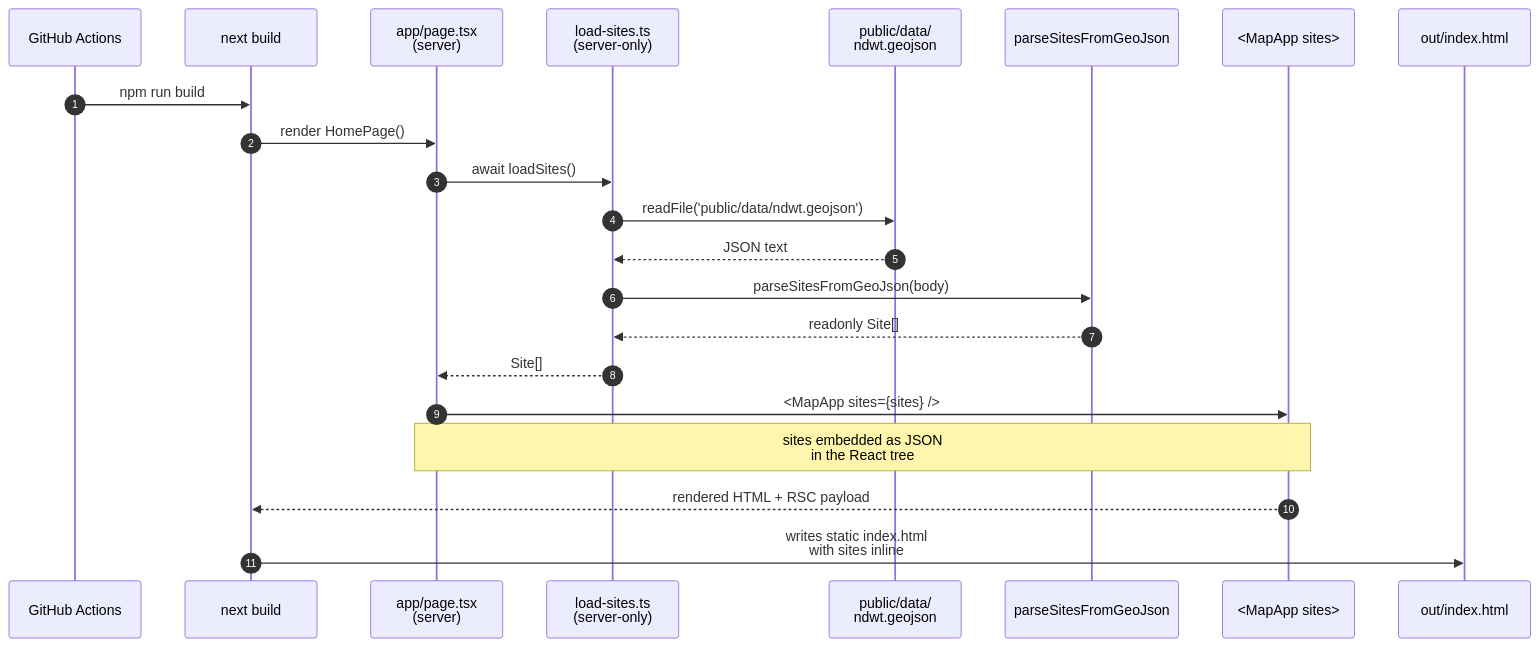
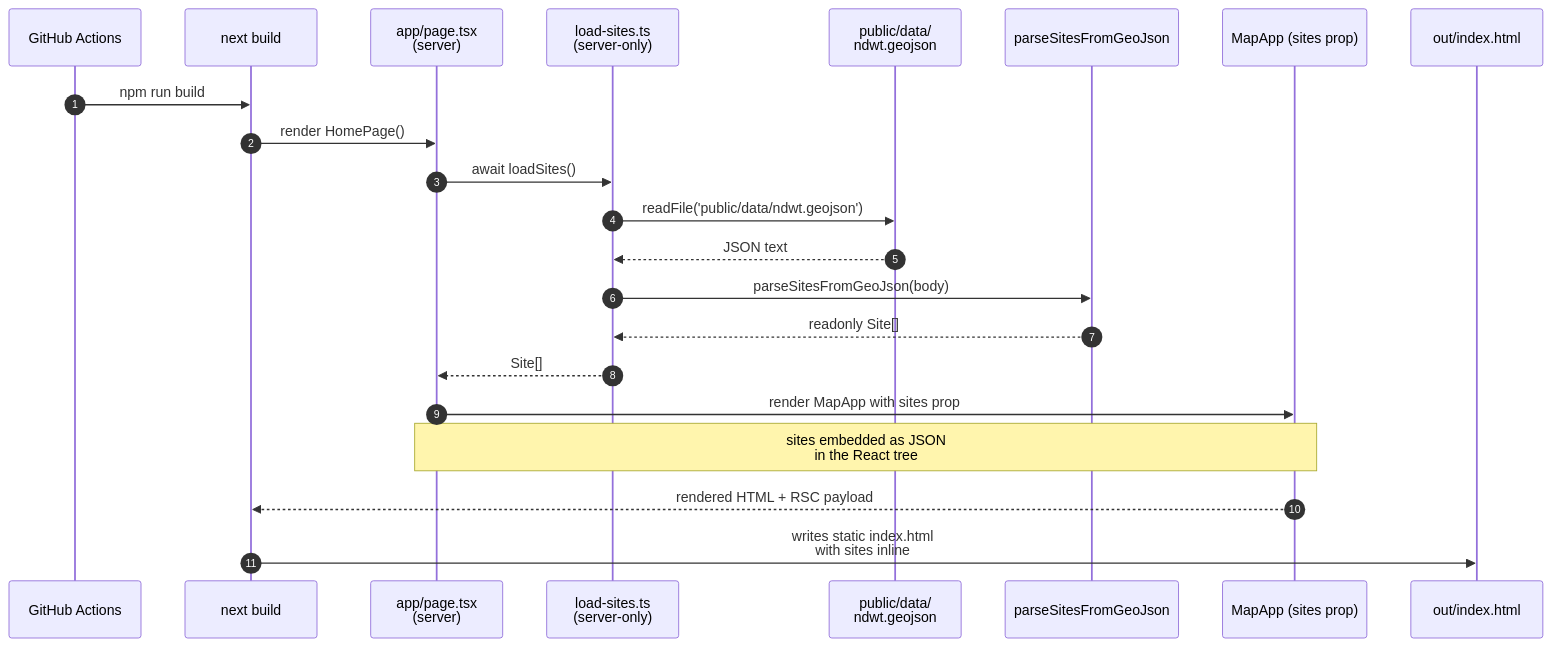
One commit to ivanoats/ndwt-ol-chakra changed the first of 2 diagrams in docs/architecture/data-flow.md. Above: the diagram before and after it, drawn with Mermaid. The commit also changed 3 other files, not shown here.

````diff
--- a/docs/architecture/data-flow.md
+++ b/docs/architecture/data-flow.md
@@ -9,25 +9,25 @@
 ```mermaid
 sequenceDiagram
   autonumber
   participant CI as GitHub Actions
   participant Next as next build
   participant Page as app/page.tsx<br/>(server)
   participant Loader as load-sites.ts<br/>(server-only)
   participant FS as public/data/<br/>ndwt.geojson
   participant Parser as parseSitesFromGeoJson
-  participant MapApp as <MapApp sites>
+  participant MapApp as MapApp (sites prop)
   participant Out as out/index.html
 
   CI->>Next: npm run build
   Next->>Page: render HomePage()
   Page->>Loader: await loadSites()
   Loader->>FS: readFile('public/data/ndwt.geojson')
   FS-->>Loader: JSON text
   Loader->>Parser: parseSitesFromGeoJson(body)
   Parser-->>Loader: readonly Site[]
   Loader-->>Page: Site[]
-  Page->>MapApp: <MapApp sites={sites} />
+  Page->>MapApp: render MapApp with sites prop
   Note over Page,MapApp: sites embedded as JSON<br/>in the React tree
   MapApp-->>Next: rendered HTML + RSC payload
   Next->>Out: writes static index.html<br/>with sites inline
 ```
````
